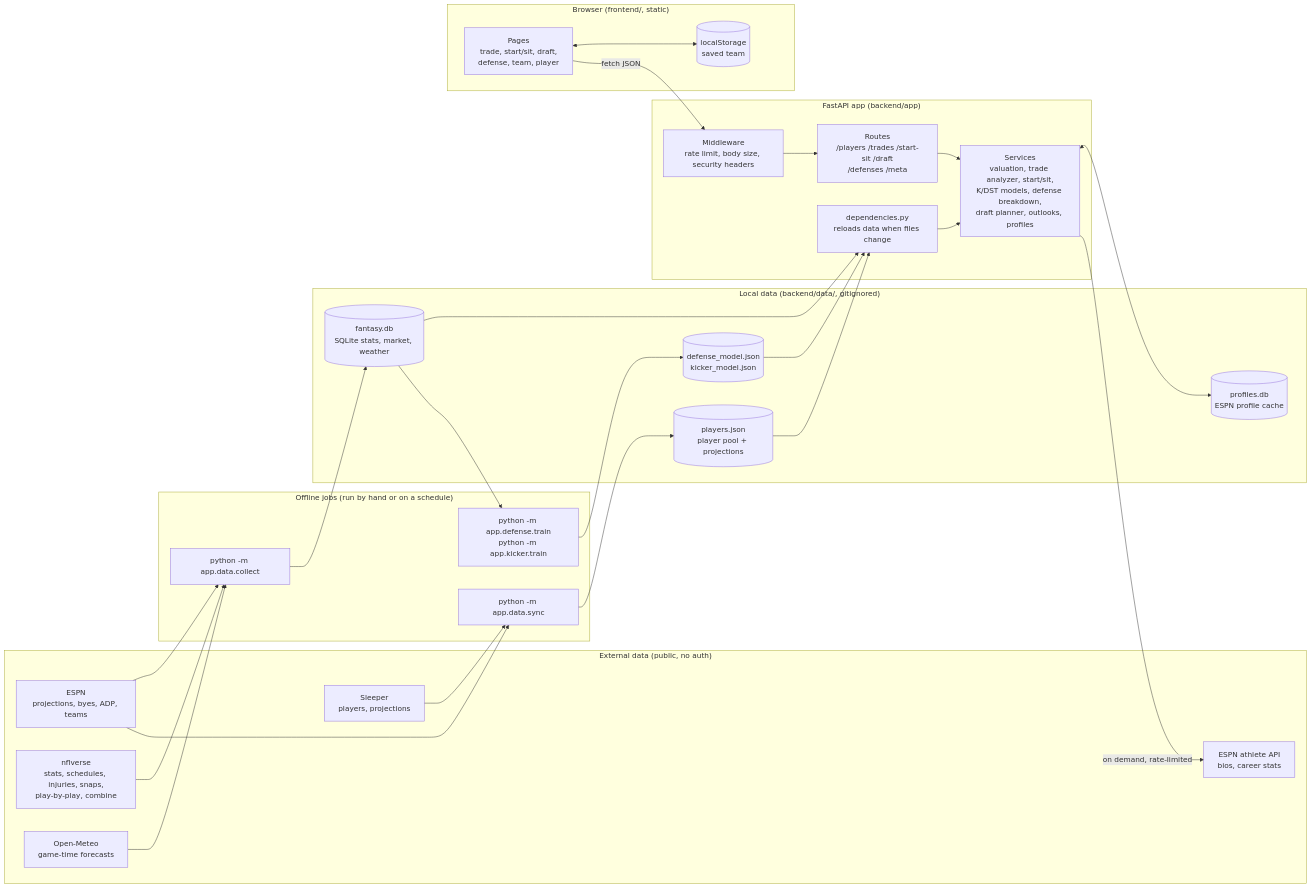
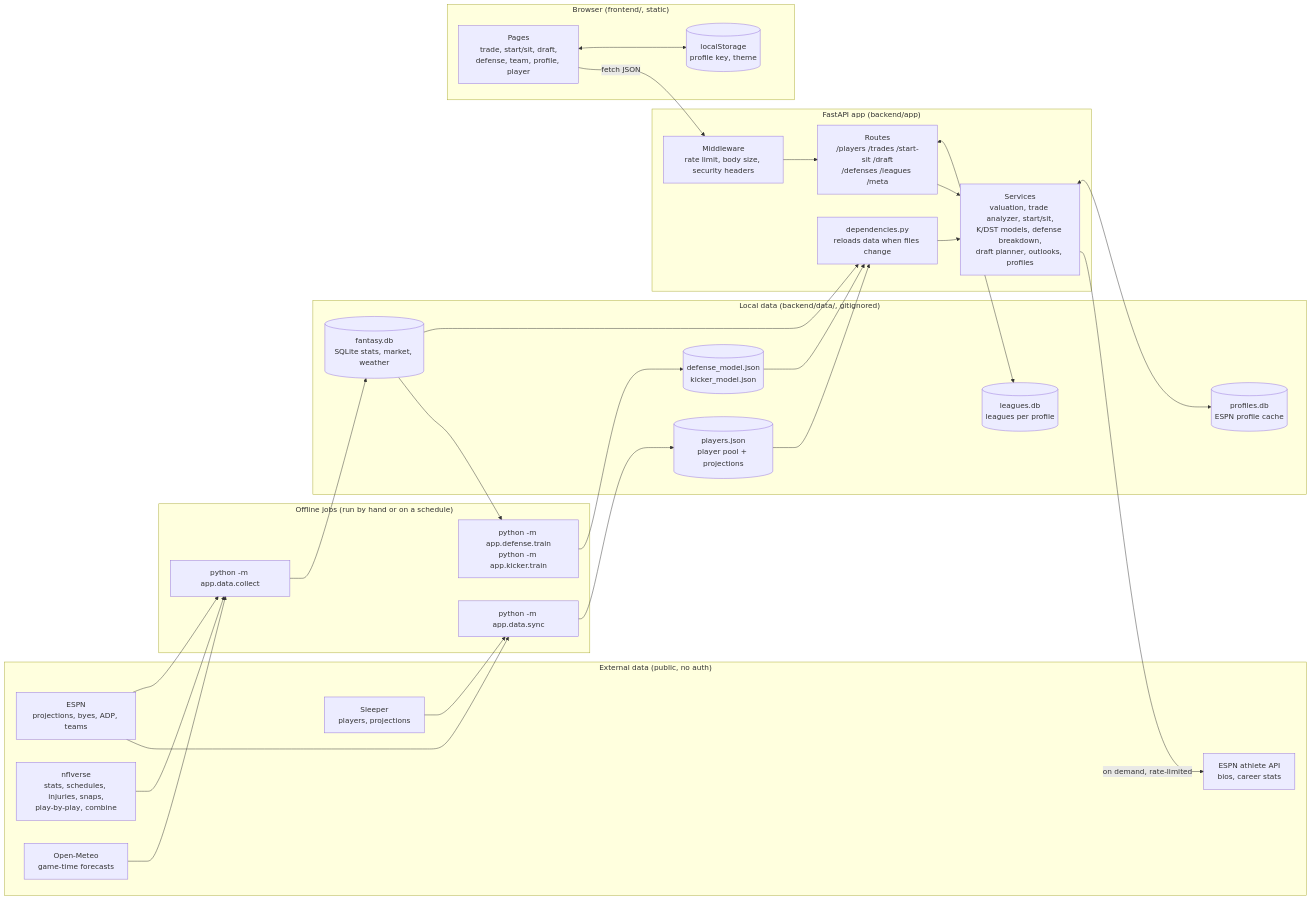
The diagram in README.md (Cory585/Fantasy-Cheat-Code), drawn with Mermaid before and after one commit. The commit also changed other lines of this file and 1 other file, not shown here.

Commit message:
Document leagues, the profile key, and the league rate limits

````diff
--- a/README.md
+++ b/README.md
@@ -17,57 +18,59 @@
 ```mermaid
 flowchart LR
     subgraph sources["External data (public, no auth)"]
         sleeper["Sleeper<br/>players, projections"]
         espn["ESPN<br/>projections, byes, ADP, teams"]
         nflverse["nflverse<br/>stats, schedules, injuries, snaps,<br/>play-by-play, combine"]
         meteo["Open-Meteo<br/>game-time forecasts"]
         espnAth["ESPN athlete API<br/>bios, career stats"]
     end
 
     subgraph jobs["Offline jobs (run by hand or on a schedule)"]
         sync["python -m app.data.sync"]
         collect["python -m app.data.collect"]
         train["python -m app.defense.train<br/>python -m app.kicker.train"]
     end
 
     subgraph store["Local data (backend/data/, gitignored)"]
         cache[("players.json<br/>player pool + projections")]
         db[("fantasy.db<br/>SQLite stats, market, weather")]
         models[("defense_model.json<br/>kicker_model.json")]
         profiles[("profiles.db<br/>ESPN profile cache")]
+        leaguesdb[("leagues.db<br/>leagues per profile")]
     end
 
     subgraph api["FastAPI app (backend/app)"]
         mw["Middleware<br/>rate limit, body size, security headers"]
-        routes["Routes<br/>/players /trades /start-sit /draft<br/>/defenses /meta"]
+        routes["Routes<br/>/players /trades /start-sit /draft<br/>/defenses /leagues /meta"]
         deps["dependencies.py<br/>reloads data when files change"]
         services["Services<br/>valuation, trade analyzer, start/sit,<br/>K/DST models, defense breakdown,<br/>draft planner, outlooks, profiles"]
     end
 
     subgraph web["Browser (frontend/, static)"]
-        pages["Pages<br/>trade, start/sit, draft,<br/>defense, team, player"]
-        ls[("localStorage<br/>saved team")]
+        pages["Pages<br/>trade, start/sit, draft,<br/>defense, team, profile, player"]
+        ls[("localStorage<br/>profile key, theme")]
     end
 
     sleeper --> sync
     espn --> sync
     espn --> collect
     nflverse --> collect
     meteo --> collect
     sync --> cache
     collect --> db
     db --> train
     train --> models
 
     cache --> deps
     db --> deps
     models --> deps
     deps --> services
     routes --> services
     mw --> routes
     services -- "on demand, rate-limited" --> espnAth
     services <--> profiles
+    routes <--> leaguesdb
 
     pages -- "fetch JSON" --> mw
     pages <--> ls
 ```
````
